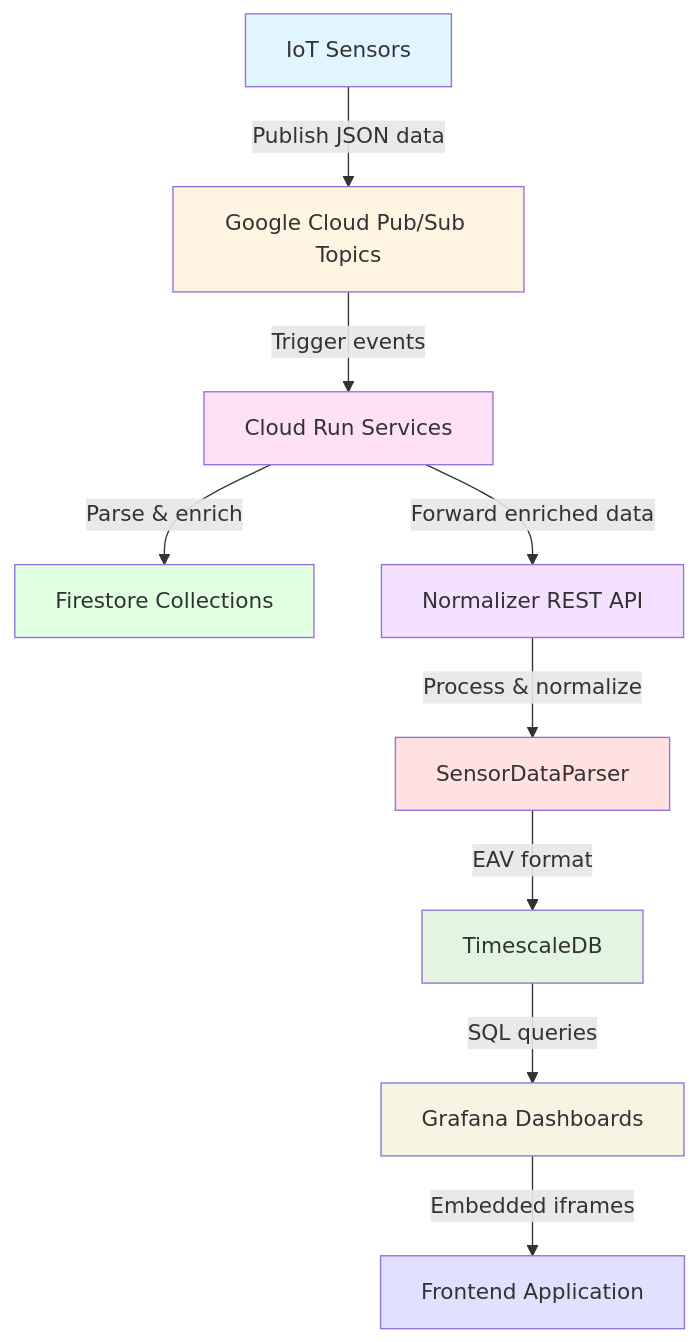
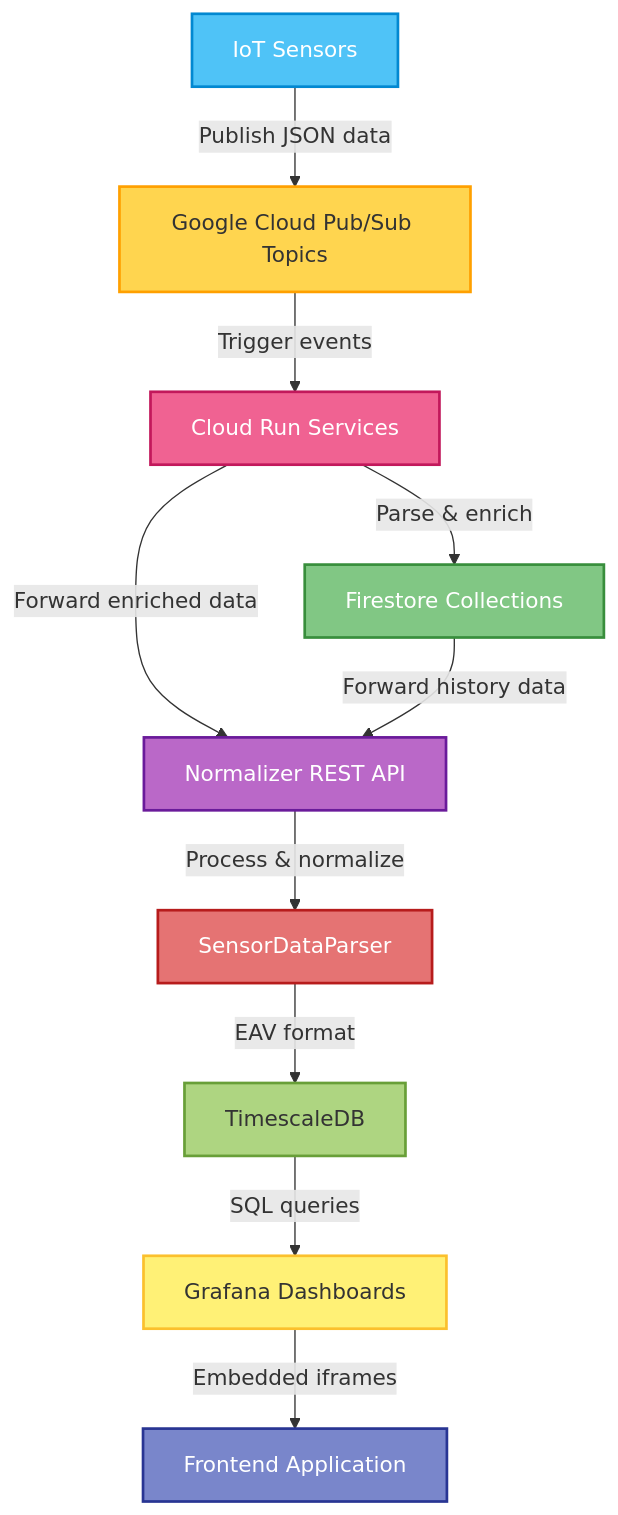
Before and after one commit to SamuliLam/firestore-grafana-pipeline: the diagram in docs/03_Technical_Architecture.md, drawn with Mermaid. The commit also changed 1 other file, not shown here.

Commit message:
Functional rquirments md filu

````diff
--- a/docs/03_Technical_Architecture.md
+++ b/docs/03_Technical_Architecture.md
@@ -70,21 +70,22 @@
 ```mermaid
 graph TD
     A[IoT Sensors] -->|Publish JSON data| B[Google Cloud Pub/Sub Topics]
     B -->|Trigger events| C[Cloud Run Services]
     C -->|Parse & enrich| D[Firestore Collections]
     C -->|Forward enriched data| E[Normalizer REST API]
+    D -->|Forward history data| E[Normalizer REST API]
     E -->|Process & normalize| F[SensorDataParser]
     F -->|EAV format| G[TimescaleDB]
     G -->|SQL queries| H[Grafana Dashboards]
     H -->|Embedded iframes| I[Frontend Application]
     
-    style A fill:#e1f5ff
-    style B fill:#fff4e1
-    style C fill:#ffe1f5
-    style D fill:#e1ffe1
-    style E fill:#f5e1ff
-    style F fill:#ffe1e1
-    style G fill:#e1f5e1
-    style H fill:#f5f5e1
-    style I fill:#e1e1ff
+    style A fill:#4FC3F7,stroke:#0288D1,stroke-width:2px,color:#fff
+style B fill:#FFD54F,stroke:#FFA000,stroke-width:2px,color:#333
+style C fill:#F06292,stroke:#C2185B,stroke-width:2px,color:#fff
+style D fill:#81C784,stroke:#388E3C,stroke-width:2px,color:#fff
+style E fill:#BA68C8,stroke:#6A1B9A,stroke-width:2px,color:#fff
+style F fill:#E57373,stroke:#B71C1C,stroke-width:2px,color:#fff
+style G fill:#AED581,stroke:#689F38,stroke-width:2px,color:#333
+style H fill:#FFF176,stroke:#FBC02D,stroke-width:2px,color:#333
+style I fill:#7986CB,stroke:#283593,stroke-width:2px,color:#fff
 ```
````
